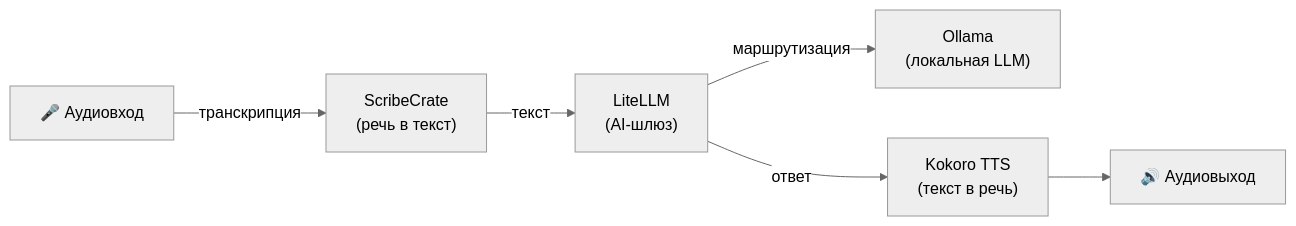
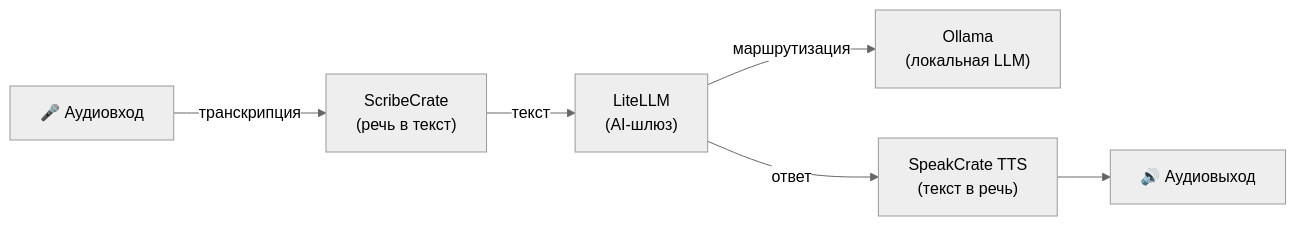
One commit to hwdsl2/self-hosted-ai-stack changed the diagram in stacks/voice-pipeline/README-ru.md. Above: the diagram before and after it, drawn with Mermaid (neutral theme). The commit also changed other lines of this file and 26 other files, not shown here.

````diff
--- a/stacks/voice-pipeline/README-ru.md
+++ b/stacks/voice-pipeline/README-ru.md
@@ -17,8 +17,8 @@
 ```mermaid
 graph LR
     A["🎤 Аудиовход"] -->|транскрипция| W["ScribeCrate<br/>(речь в текст)"]
     W -->|текст| L["LiteLLM<br/>(AI-шлюз)"]
     L -->|маршрутизация| O["Ollama<br/>(локальная LLM)"]
-    L -->|ответ| T["Kokoro TTS<br/>(текст в речь)"]
+    L -->|ответ| T["SpeakCrate TTS<br/>(текст в речь)"]
     T --> B["🔊 Аудиовыход"]
 ```
````
